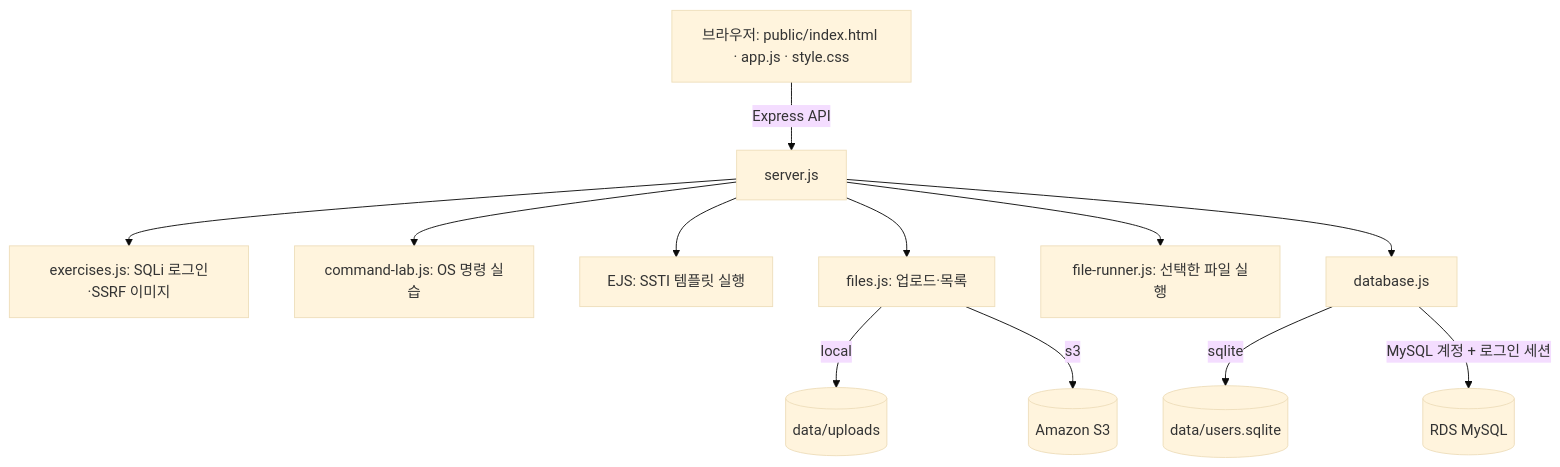
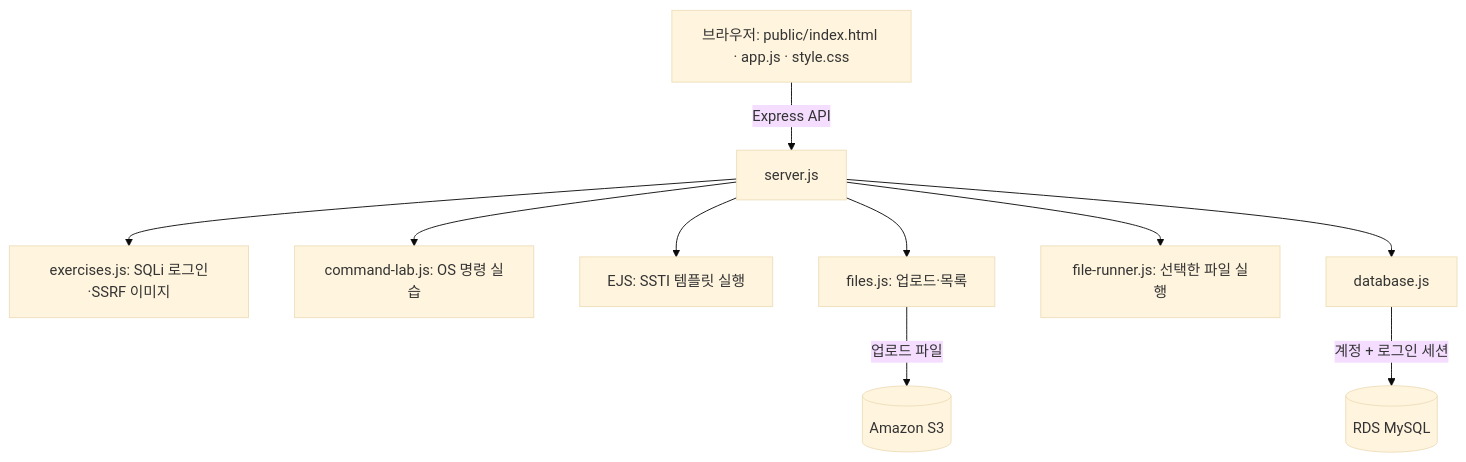
The diagram in README.md (yunduhyun/WHS-Vuln-Web), drawn with Mermaid (base theme) before and after one commit. The commit also changed other lines of this file and 7 other files, not shown here.

````diff
--- a/README.md
+++ b/README.md
@@ -45,14 +42,12 @@
 ```mermaid
 flowchart TD
   B[브라우저: public/index.html · app.js · style.css] -->|Express API| S[server.js]
   S --> A[exercises.js: SQLi 로그인·SSRF 이미지]
   S --> C[command-lab.js: OS 명령 실습]
   S --> T[EJS: SSTI 템플릿 실행]
   S --> F[files.js: 업로드·목록]
-  F -->|local| L[(data/uploads)]
-  F -->|s3| O[(Amazon S3)]
+  F -->|업로드 파일| O[(Amazon S3)]
   S --> R[file-runner.js: 선택한 파일 실행]
   S --> D[database.js]
-  D -->|sqlite| Q[(data/users.sqlite)]
-  D -->|MySQL 계정 + 로그인 세션| M[(RDS MySQL)]
+  D -->|계정 + 로그인 세션| M[(RDS MySQL)]
 ```
````
